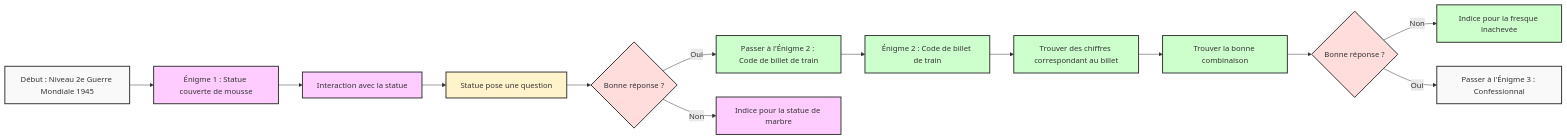
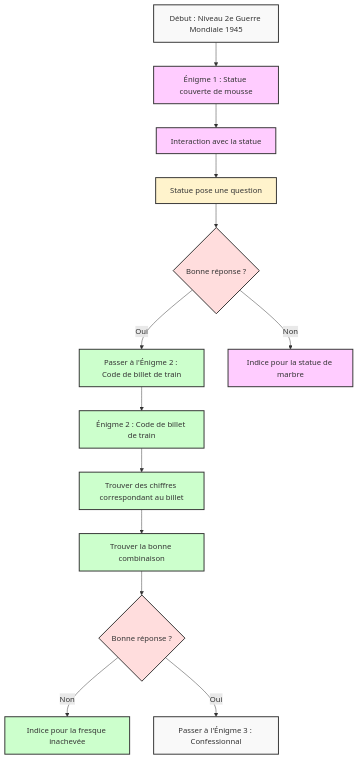
The diagram in schemas/1945.md (Chrono-Escape-Project/VR-Escape-Game), drawn with Mermaid before and after one commit.

````diff
--- a/schemas/1945.md
+++ b/schemas/1945.md
@@ -1,34 +1,34 @@
 ```mermaid
-graph LR;
+graph TD;
     classDef startend fill:#f9f9f9,stroke:#333,stroke-width:2px;
     classDef enigme1 fill:#FFCCFF,stroke:#333,stroke-width:2px;
     classDef enigme2 fill:#CCFFCC,stroke:#333,stroke-width:2px;
     classDef enigme3 fill:#CCCCFF,stroke:#333,stroke-width:2px;
     classDef question fill:#FFF3CC,stroke:#333,stroke-width:2px;
     classDef decision fill:#FFDDDD,stroke:#333,stroke-width:2px;
 
     A[Début : Niveau 2e Guerre Mondiale 1945]:::startend --> B[Énigme 1 : Statue couverte de mousse]:::enigme1;
     B --> C[Interaction avec la statue]:::enigme1;
     C --> D[Statue pose une question]:::question;
 
     %% Vérification de la réponse de la statue
     D --> E{Bonne réponse ?}:::decision;
     E -- Oui --> F[Passer à l'Énigme 2 : Code de billet de train]:::enigme2;
     E -- Non --> G[Indice pour la statue de marbre]:::enigme1;
 
     %% Énigme 2 : 
     F --> H[Énigme 2 : Code de billet de train]:::enigme2;
     H --> I[Trouver des chiffres correspondant au billet]:::enigme2;
     I --> J[Trouver la bonne combinaison]:::enigme2;
 
     %% Vérification de la réponse de la fresque
     J --> K{Bonne réponse ?}:::decision;
    
     K -- Non --> M[Indice pour la fresque inachevée]:::enigme2;
 
     %% Obtention de la clé et boucles de retour
     K -- Oui --> T[Passer à l'Énigme 3 : Confessionnal]:::startend;
 
     
 
 ```
````
